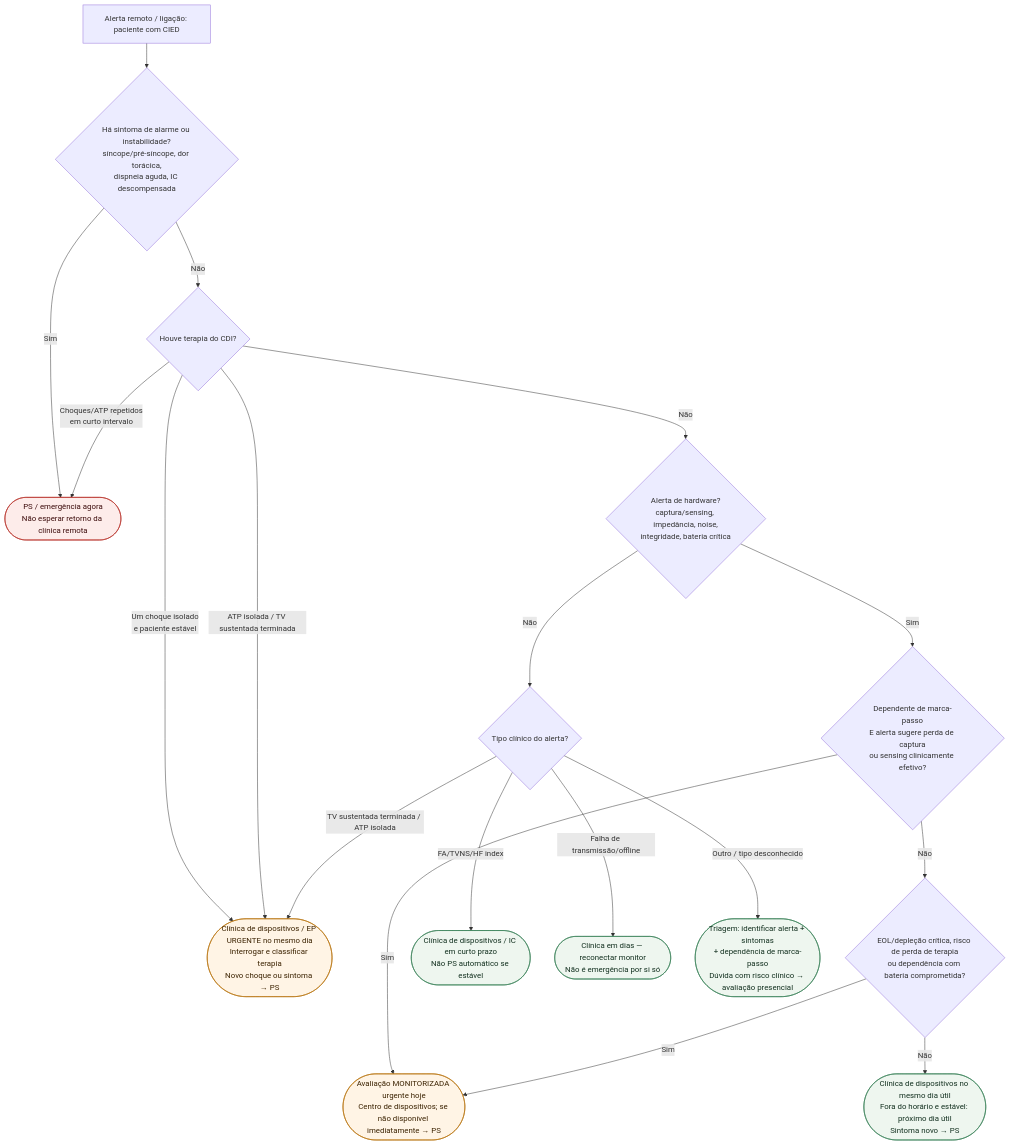
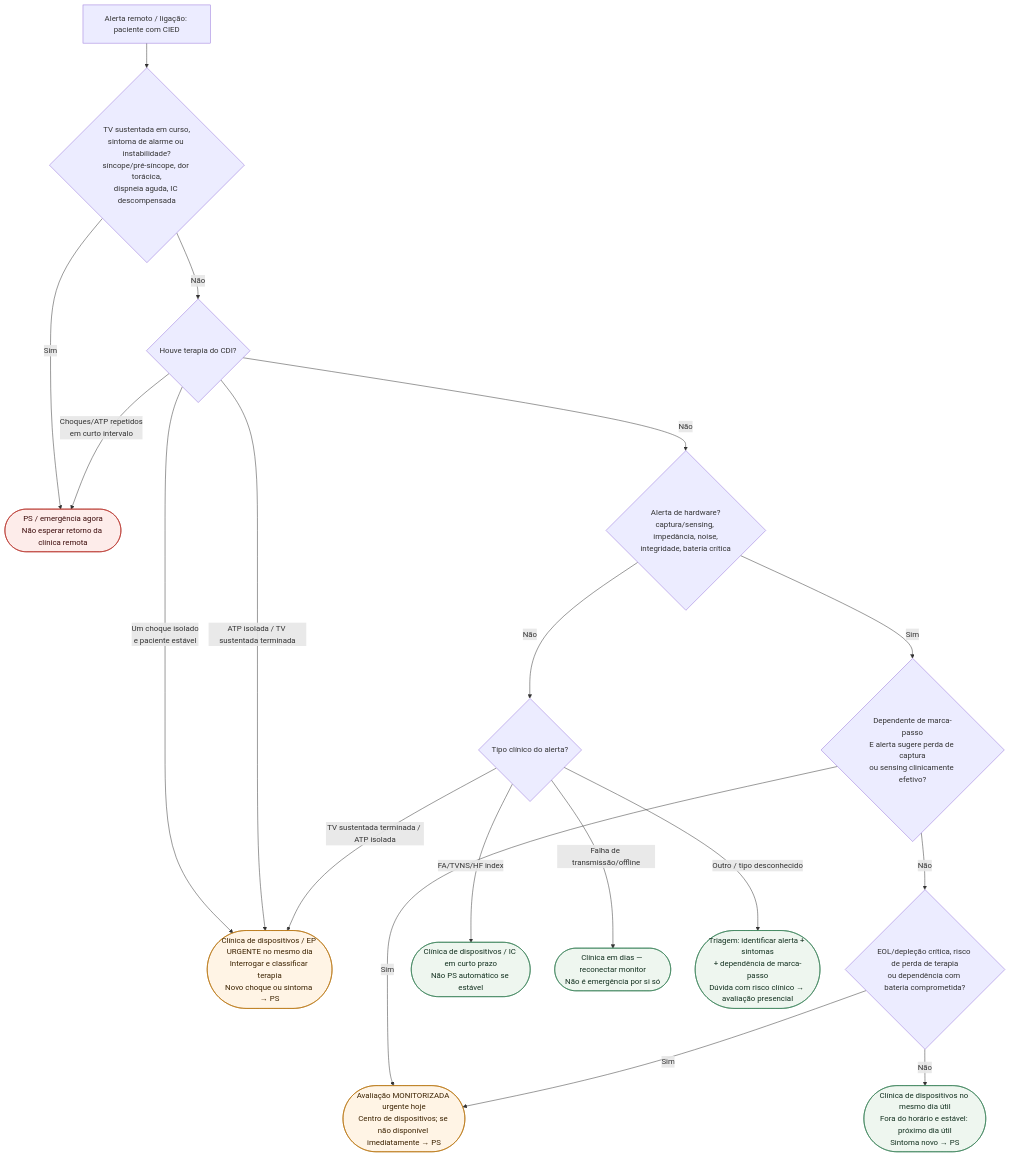
The diagram in content/Dispositivos/fluxograma-alerta-remoto-cied-destino-ambulatorial.md (rafaelpaesmeirelles/MeuCardio), drawn with Mermaid before and after one commit. The commit also changed 25 other files, not shown here.

Commit message:
fix(science): reconcile iron guidance and validate final clinical flows

````diff
--- a/content/Dispositivos/fluxograma-alerta-remoto-cied-destino-ambulatorial.md
+++ b/content/Dispositivos/fluxograma-alerta-remoto-cied-destino-ambulatorial.md
@@ -24,32 +24,32 @@
 ```mermaid
 flowchart TD
-  A["Alerta remoto / ligação: paciente com CIED"] --> D1{"Há sintoma de alarme ou instabilidade?<br/>síncope/pré-síncope, dor torácica,<br/>dispneia aguda, IC descompensada"}
+  A["Alerta remoto / ligação: paciente com CIED"] --> D1{"TV sustentada em curso,<br/>sintoma de alarme ou instabilidade?<br/>síncope/pré-síncope, dor torácica,<br/>dispneia aguda, IC descompensada"}
 
   D1 -->|"Sim"| C1(["PS / emergência agora<br/>Não esperar retorno da clínica remota"])
 
   D1 -->|"Não"| D2{"Houve terapia do CDI?"}
 
   D2 -->|"Choques/ATP repetidos<br/>em curto intervalo"| C1
   D2 -->|"Um choque isolado<br/>e paciente estável"| C2(["Clínica de dispositivos / EP URGENTE no mesmo dia<br/>Interrogar e classificar terapia<br/>Novo choque ou sintoma → PS"])
   D2 -->|"ATP isolada / TV sustentada terminada"| C2
   D2 -->|"Não"| D3{"Alerta de hardware?<br/>captura/sensing, impedância, noise,<br/>integridade, bateria crítica"}
 
   D3 -->|"Sim"| D3A{"Dependente de marca-passo<br/>E alerta sugere perda de captura<br/>ou sensing clinicamente efetivo?"}
   D3A -->|"Sim"| C3(["Avaliação MONITORIZADA urgente hoje<br/>Centro de dispositivos; se não disponível imediatamente → PS"])
   D3A -->|"Não"| BAT{"EOL/depleção crítica, risco de perda de terapia<br/>ou dependência com bateria comprometida?"}
   BAT -->|"Sim"| C3
   BAT -->|"Não"| C4(["Clínica de dispositivos no mesmo dia útil<br/>Fora do horário e estável: próximo dia útil<br/>Sintoma novo → PS"])
 
   D3 -->|"Não"| D4{"Tipo clínico do alerta?"}
   D4 -->|"FA/TVNS/HF index"| C5(["Clínica de dispositivos / IC em curto prazo<br/>Não PS automático se estável"])
   D4 -->|"Falha de transmissão/offline"| C6(["Clínica em dias — reconectar monitor<br/>Não é emergência por si só"])
   D4 -->|"TV sustentada terminada / ATP isolada"| C2
   D4 -->|"Outro / tipo desconhecido"| C7(["Triagem: identificar alerta + sintomas<br/>+ dependência de marca-passo<br/>Dúvida com risco clínico → avaliação presencial"])
 
   classDef conduta fill:#eef6ef,stroke:#2f7a4f,color:#12301f;
   classDef alerta fill:#fdecea,stroke:#b3261e,color:#3b0a0a;
   classDef urgente fill:#fff4e5,stroke:#b36b00,color:#3b2200;
   class C1 alerta;
   class C2,C3 urgente;
   class C4,C5,C6,C7 conduta;
 ```
````
